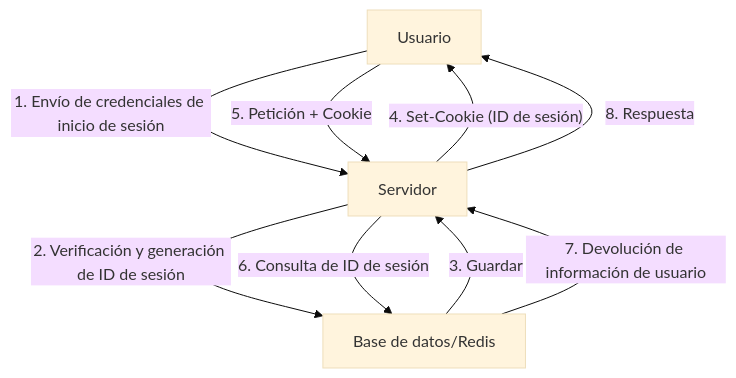
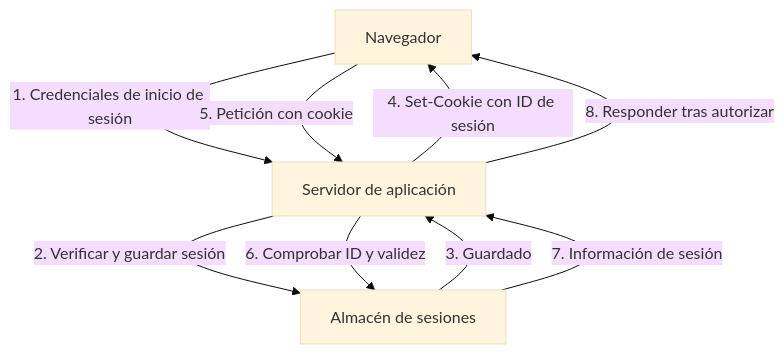
One commit to kenjinote/blog changed the first of 3 diagrams in content/post/jwt-json-web-token-security-risks/index.es.md. Above: the diagram before and after it, drawn with Mermaid (base theme). The commit also changed other lines of this file and 5 other files, not shown here.

Commit message:
Proofread Spanish and Korean JWT security explanations and token flows

````diff
--- a/content/post/jwt-json-web-token-security-risks/index.es.md
+++ b/content/post/jwt-json-web-token-security-risks/index.es.md
@@ -19,11 +20,11 @@
 ```mermaid
 graph TD
-    A["Usuario"] -- "1. Envío de credenciales de inicio de sesión" --> B["Servidor"]
-    B -- "2. Verificación y generación de ID de sesión" --> C["Base de datos/Redis"]
-    C -- "3. Guardar" --> B
-    B -- "4. Set-Cookie (ID de sesión)" --> A
-    A -- "5. Petición + Cookie" --> B
-    B -- "6. Consulta de ID de sesión" --> C
-    C -- "7. Devolución de información de usuario" --> B
-    B -- "8. Respuesta" --> A
+    A["Navegador"] -- "1. Credenciales de inicio de sesión" --> B["Servidor de aplicación"]
+    B -- "2. Verificar y guardar sesión" --> C["Almacén de sesiones"]
+    C -- "3. Guardado" --> B
+    B -- "4. Set-Cookie con ID de sesión" --> A
+    A -- "5. Petición con cookie" --> B
+    B -- "6. Comprobar ID y validez" --> C
+    C -- "7. Información de sesión" --> B
+    B -- "8. Responder tras autorizar" --> A
 ```
````
